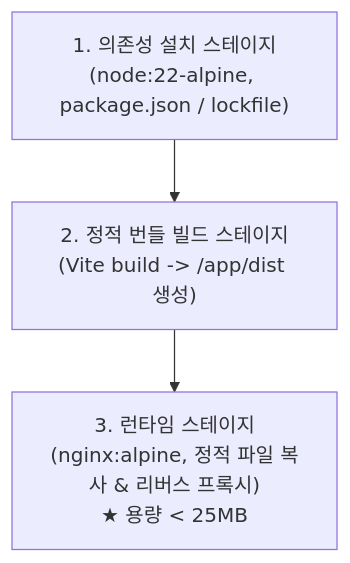
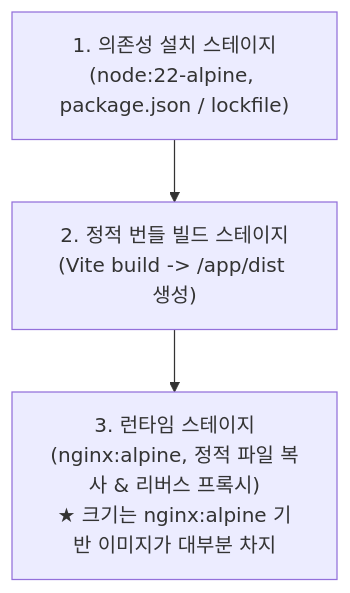
Before and after one commit to kjayvam/file-template: the second of 2 diagrams in docs/docker/build-optimization.md, drawn with Mermaid. The commit also changed other lines of this file and 58 other files, not shown here.

````diff
--- a/docs/docker/build-optimization.md
+++ b/docs/docker/build-optimization.md
@@ -34,8 +34,8 @@
 ```mermaid
 flowchart TD
     DevDeps["1. 의존성 설치 스테이지<br/>(node:22-alpine, package.json / lockfile)"]
     Bundler["2. 정적 번들 빌드 스테이지<br/>(Vite build -> /app/dist 생성)"]
-    Nginx["3. 런타임 스테이지<br/>(nginx:alpine, 정적 파일 복사 & 리버스 프록시)<br/>★ 용량 < 25MB"]
+    Nginx["3. 런타임 스테이지<br/>(nginx:alpine, 정적 파일 복사 & 리버스 프록시)<br/>★ 크기는 nginx:alpine 기반 이미지가 대부분 차지"]
 
     DevDeps --> Bundler --> Nginx
 ```
````
